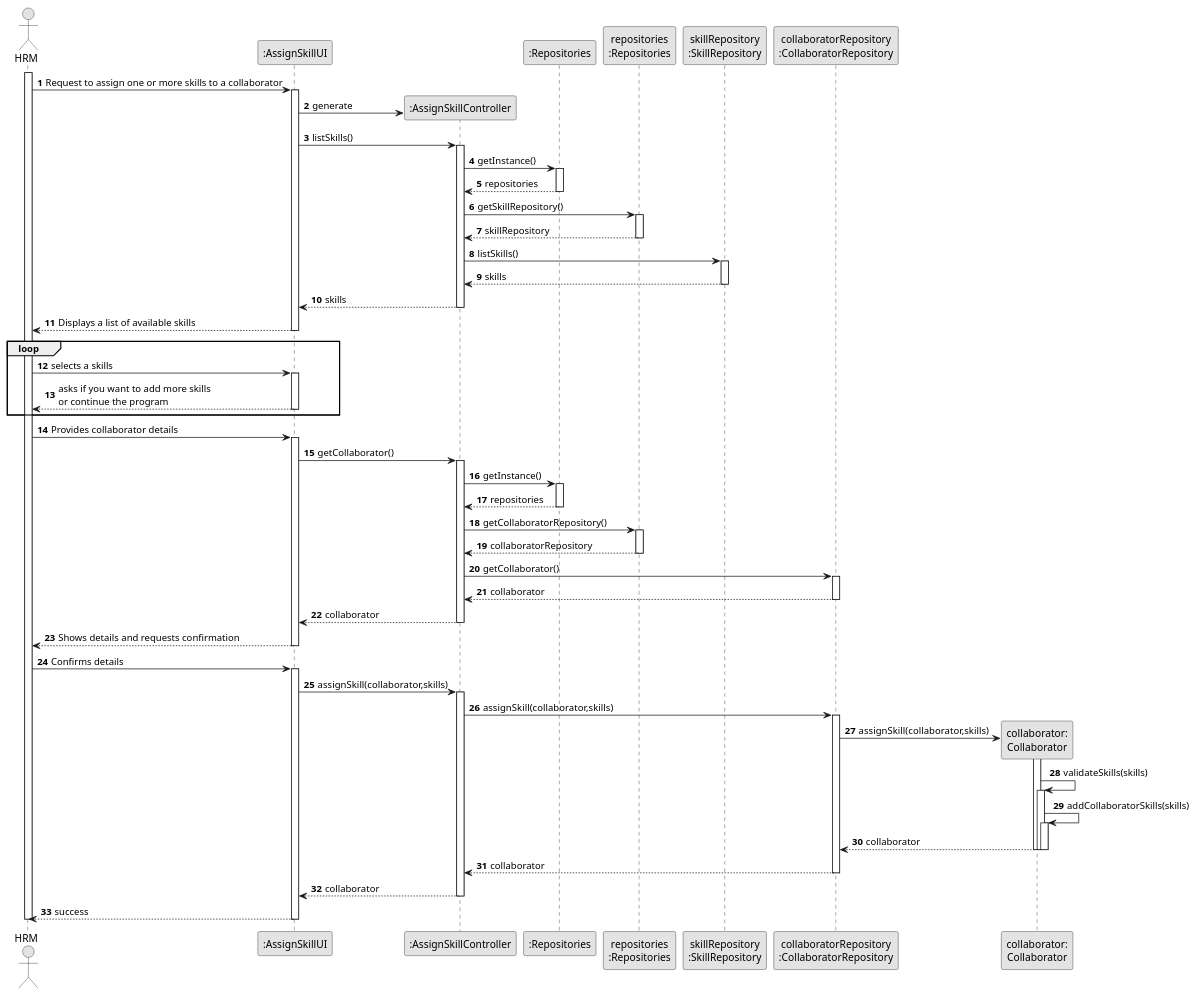
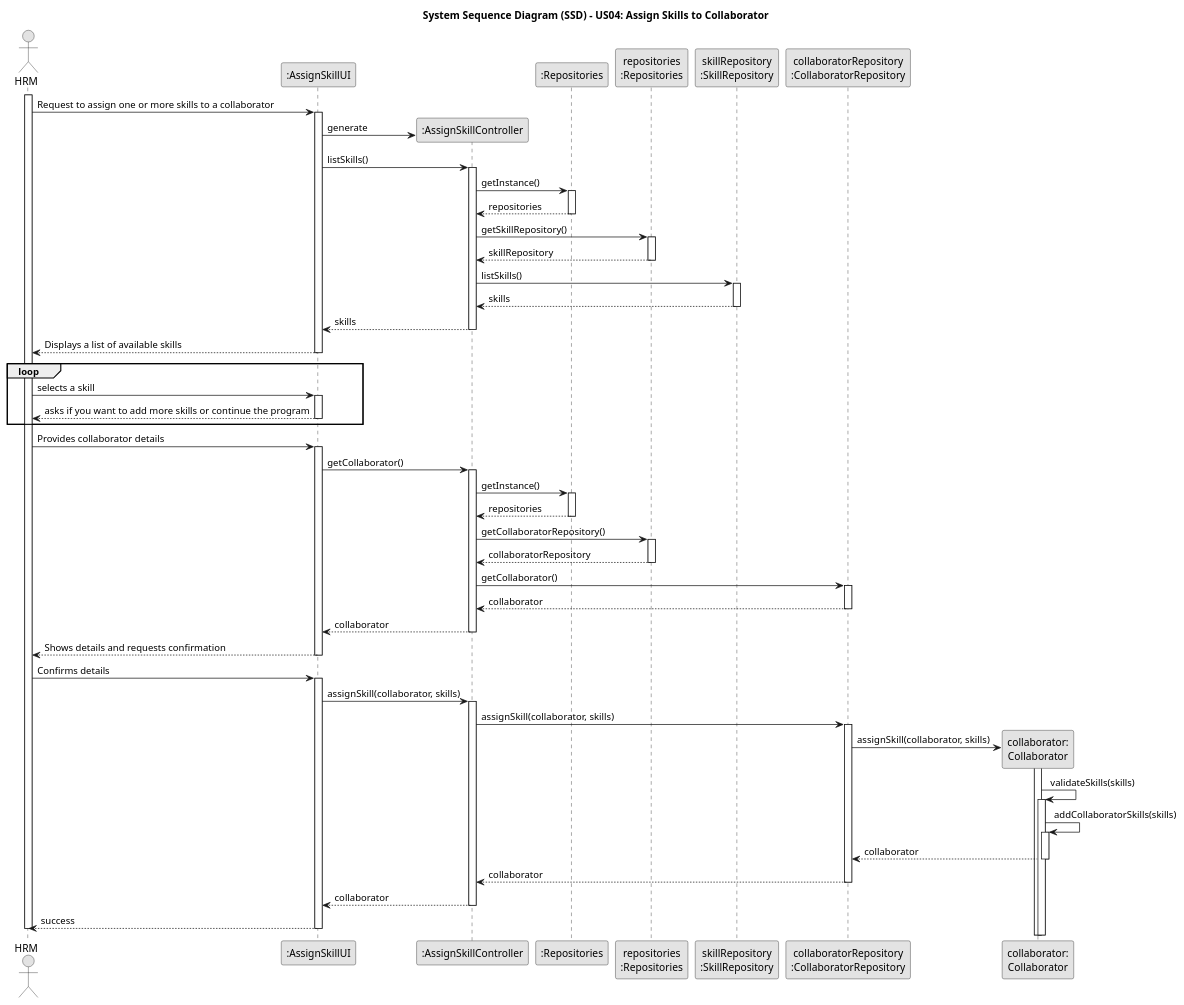
Before and after one commit to diogoveirospro/lei-24-s2-1dg-g072: the diagram in docs/sprintB/us004/03.design/puml/us004-sequence-diagram-full.puml, drawn with PlantUML.

Commit message:
US004 design correction

```diff
--- a/docs/sprintB/us004/03.design/puml/us004-sequence-diagram-full.puml
+++ b/docs/sprintB/us004/03.design/puml/us004-sequence-diagram-full.puml
@@ -1,125 +1,121 @@
 @startuml
 skinparam monochrome true
 skinparam packageStyle rectangle
 skinparam shadowing false
 
-autonumber
+title System Sequence Diagram (SSD) - US04: Assign Skills to Collaborator
 
 actor HRM
 participant ":AssignSkillUI" as UI
 participant ":AssignSkillController" as CTRL
 participant ":Repositories" as REP
 participant "repositories\n:Repositories" as repositories
-participant "skillRepository\n:SkillRepository" as SREP
-participant "collaboratorRepository\n:CollaboratorRepository" as CREP
-participant "collaborator:\nCollaborator" as collaborator
+participant "skillRepository\n:SkillRepository" as SKILLREP
+participant "collaboratorRepository\n:CollaboratorRepository" as COLREP
+participant "collaborator:\nCollaborator" as COLLAB
 
 activate HRM
 
 HRM -> UI : Request to assign one or more skills to a collaborator
 activate UI
 
-        UI -> CTRL** : generate
-
-        UI -> CTRL: listSkills()
+UI -> CTRL** : generate
+UI -> CTRL: listSkills()
 activate CTRL
 
-                        CTRL -> REP: getInstance()
+CTRL -> REP: getInstance()
+activate REP
 
-                        activate REP
+REP --> CTRL: repositories
+deactivate REP
 
-                                REP --> CTRL: repositories
-                        deactivate REP
+CTRL -> repositories: getSkillRepository()
+activate repositories
 
-                        CTRL -> repositories: getSkillRepository()
-                        activate repositories
+repositories --> CTRL: skillRepository
+deactivate repositories
 
-                                repositories --> CTRL: skillRepository
-                        deactivate repositories
-                        CTRL -> SREP: listSkills()
-                        activate SREP
+CTRL -> SKILLREP : listSkills()
+activate SKILLREP
 
-                                SREP --> CTRL: skills
+SKILLREP --> CTRL : skills
+deactivate SKILLREP
 
-                        deactivate SREP
+CTRL --> UI: skills
+deactivate CTRL
 
-                        CTRL --> UI: skills
-                deactivate CTRL
 UI --> HRM: Displays a list of available skills
 deactivate UI
+
 loop
-HRM -> UI : selects a skills
+HRM -> UI : selects a skill
 activate UI
 
-        UI --> HRM: asks if you want to add more skills\nor continue the program
+UI --> HRM: asks if you want to add more skills or continue the program
 deactivate UI
+
 end
+
 HRM -> UI : Provides collaborator details
 activate UI
 
-        UI -> CTRL: getCollaborator()
+UI -> CTRL: getCollaborator()
+activate CTRL
 
-        activate CTRL
+CTRL -> REP: getInstance()
+activate REP
 
-                CTRL -> REP: getInstance()
-                activate REP
+REP --> CTRL: repositories
+deactivate REP
 
-                        REP --> CTRL: repositories
-                deactivate REP
+CTRL -> repositories: getCollaboratorRepository()
+activate repositories
 
-                CTRL -> repositories: getCollaboratorRepository()
+repositories --> CTRL: collaboratorRepository
+deactivate repositories
 
-                activate repositories
+CTRL -> COLREP: getCollaborator()
+activate COLREP
 
-                        repositories --> CTRL: collaboratorRepository
-                deactivate repositories
+COLREP --> CTRL: collaborator
+deactivate COLREP
 
-                CTRL -> CREP: getCollaborator()
-
-                activate CREP
-
-                        CREP --> CTRL: collaborator
-                deactivate CREP
-
-                CTRL --> UI: collaborator
-        deactivate CTRL
+CTRL --> UI: collaborator
+deactivate CTRL
 
 UI --> HRM : Shows details and requests confirmation
 deactivate UI
 
 HRM -> UI : Confirms details
 activate UI
 
-        UI -> CTRL: assignSkill(collaborator,skills)
-        activate CTRL
+UI -> CTRL: assignSkill(collaborator, skills)
+activate CTRL
 
-                CTRL -> CREP: assignSkill(collaborator,skills)
-                activate CREP
+CTRL -> COLREP: assignSkill(collaborator, skills)
+activate COLREP
 
-                        CREP -> collaborator** : assignSkill(collaborator,skills)
-                        activate collaborator
-                                collaborator -> collaborator: validateSkills(skills)
-                                activate collaborator
+COLREP -> COLLAB**: assignSkill(collaborator, skills)
+activate COLLAB
 
-                                        collaborator -> collaborator: addCollaboratorSkills(skills)
+COLLAB -> COLLAB: validateSkills(skills)
+activate COLLAB
 
-                                        activate collaborator
+COLLAB -> COLLAB: addCollaboratorSkills(skills)
+activate COLLAB
 
-                                                collaborator --> CREP: collaborator
-                                        deactivate collaborator
+COLLAB --> COLREP: collaborator
+deactivate COLLAB
 
-                            deactivate collaborator
+COLREP --> CTRL: collaborator
+deactivate COLREP
 
-                        deactivate collaborator
-                        CREP --> CTRL: collaborator
-                deactivate CREP
-                CTRL --> UI: collaborator
-        deactivate CTRL
-        UI --> HRM: success
+CTRL --> UI: collaborator
+deactivate CTRL
 
+UI --> HRM: success
 deactivate UI
-
 
 deactivate HRM
 
 @enduml
```
